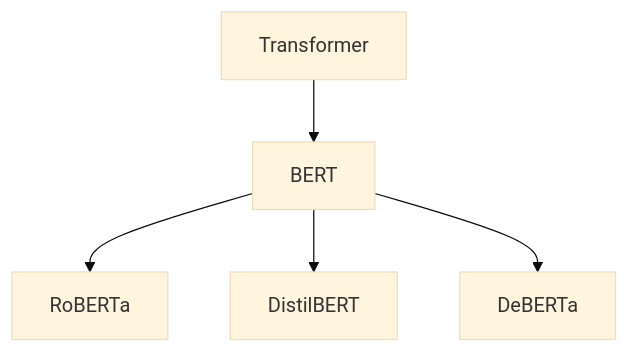
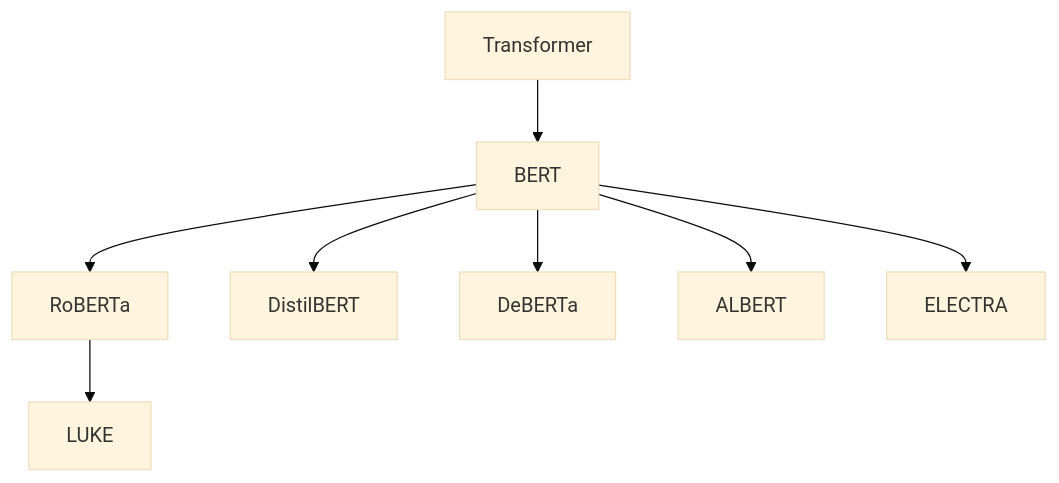
Before and after one commit to ted-sharp/chatvox: the third of 7 diagrams in doc/llm.md, drawn with Mermaid (base theme). The commit also changed other lines of this file, not shown here.

````diff
--- a/doc/llm.md
+++ b/doc/llm.md
@@ -93,7 +104,9 @@
 ```mermaid
 flowchart
 
-Transformer --> BERT --> RoBERTa
+Transformer --> BERT --> RoBERTa --> LUKE
 BERT --> DistilBERT
 BERT --> DeBERTa
+BERT --> ALBERT
+BERT --> ELECTRA
 ```
````
